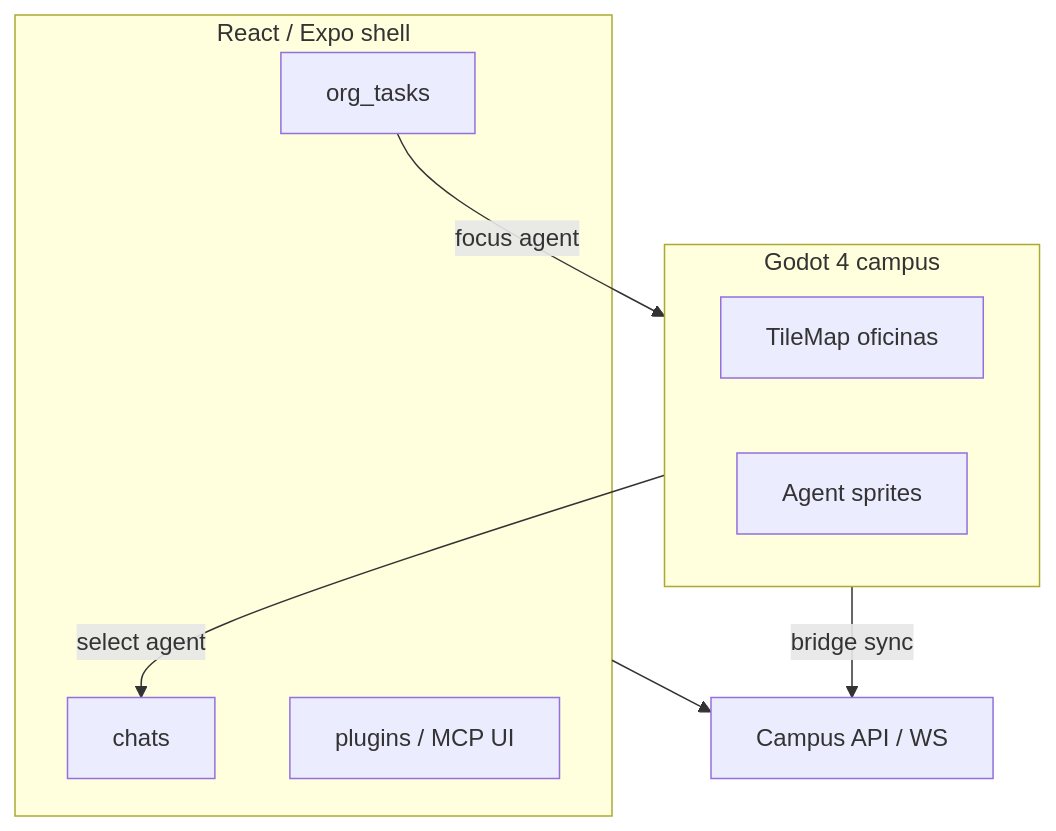
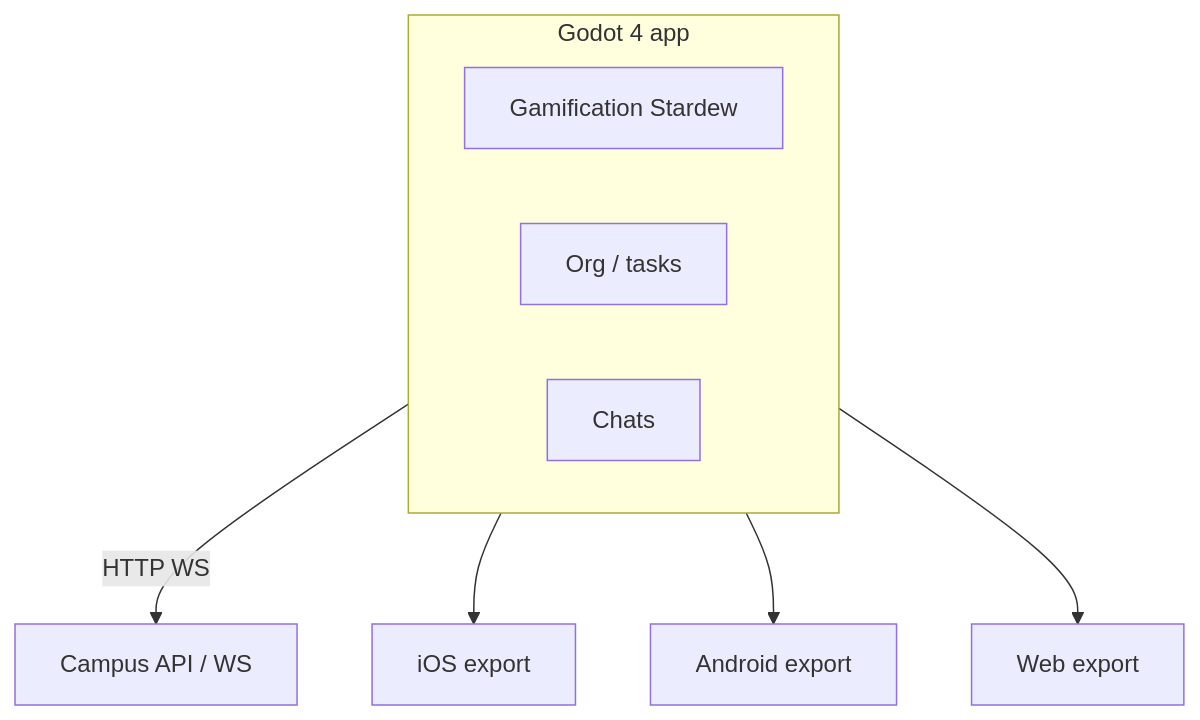
One commit to sodawave/agent-campus changed the third of 5 diagrams in docs/TECH_SPEC.md. Above: the diagram before and after it, drawn with Mermaid. The commit also changed other lines of this file and 3 other files, not shown here.

````diff
--- a/docs/TECH_SPEC.md
+++ b/docs/TECH_SPEC.md
@@ -293,17 +285,16 @@
 ```mermaid
 flowchart TB
-  subgraph shell [React / Expo shell]
-    Org[org_tasks]
-    Chat[chats]
-    Plug[plugins / MCP UI]
-  end
-  subgraph godot [Godot 4 campus]
-    Map[TileMap oficinas]
-    Sprites[Agent sprites]
+  subgraph godotApp [Godot 4 app]
+    Map[Gamification Stardew]
+    Org[Org / tasks]
+    Chat[Chats]
   end
   API[Campus API / WS]
-  shell --> API
-  godot -->|bridge sync| API
-  Org -->|focus agent| godot
-  godot -->|select agent| Chat
+  godotApp -->|HTTP WS| API
+  iOS[iOS export]
+  And[Android export]
+  Web[Web export]
+  godotApp --> iOS
+  godotApp --> And
+  godotApp --> Web
 ```
````
